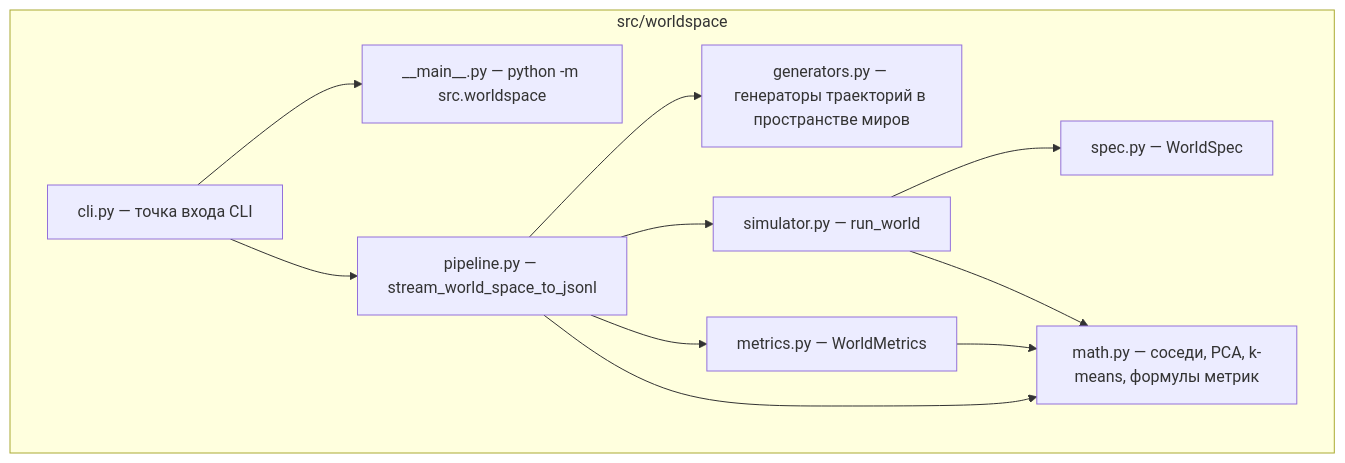
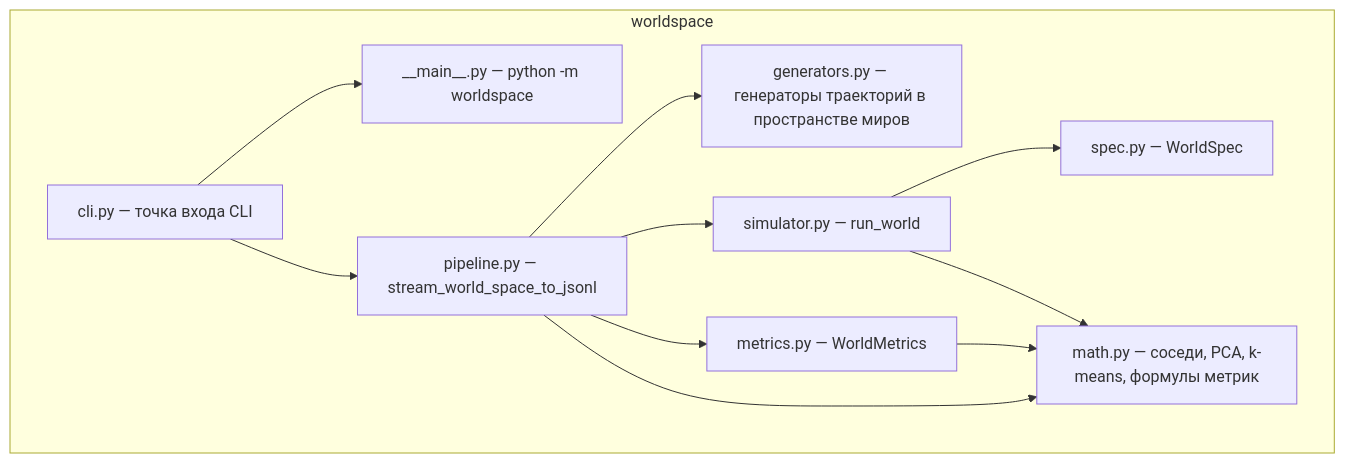
Before and after one commit to Starovoitov/LifeManifold: the second of 8 diagrams in docs/WORLDSPACE.md, drawn with Mermaid. The commit also changed other lines of this file and 21 other files, not shown here.

````diff
--- a/docs/WORLDSPACE.md
+++ b/docs/WORLDSPACE.md
@@ -47,22 +47,22 @@
 ```mermaid
 flowchart TB
-  subgraph pkg["src/worldspace"]
+  subgraph pkg["worldspace"]
     spec["spec.py — WorldSpec"]
     gen["generators.py — генераторы траекторий в пространстве миров"]
     wmath["math.py — соседи, PCA, k-means, формулы метрик"]
     sim["simulator.py — run_world"]
     met["metrics.py — WorldMetrics"]
     pipe["pipeline.py — stream_world_space_to_jsonl"]
     cli["cli.py — точка входа CLI"]
-    main["__main__.py — python -m src.worldspace"]
+    main["__main__.py — python -m worldspace"]
   end
   cli --> main
   cli --> pipe
   pipe --> gen
   pipe --> sim
   pipe --> met
   sim --> wmath
   met --> wmath
   pipe --> wmath
   sim --> spec
 ```
````
